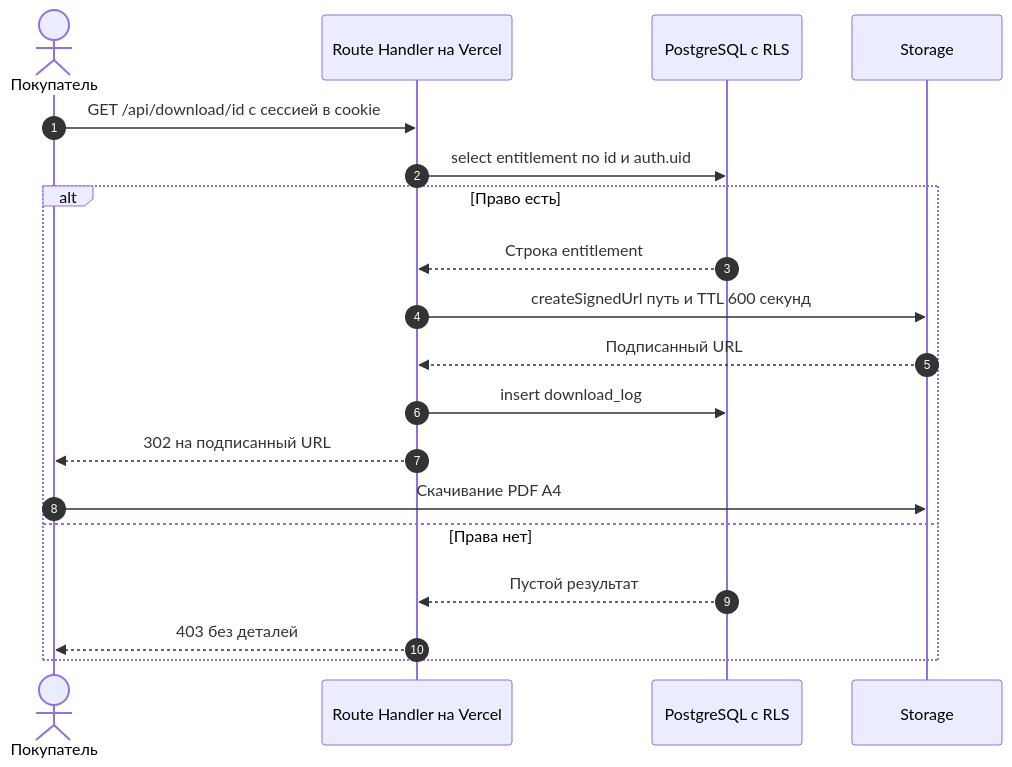
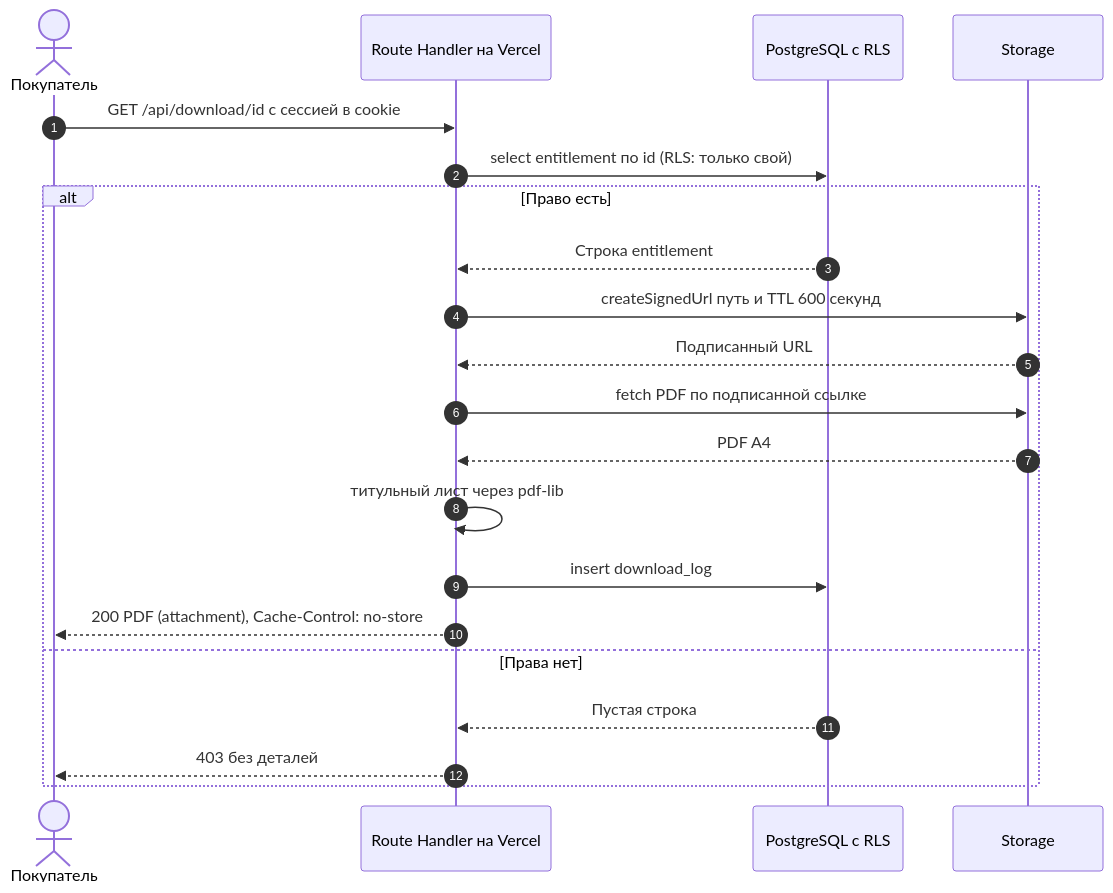
The third of 3 diagrams in doc/architecture.md (dvinekat/sewit), drawn with Mermaid before and after one commit. The commit also changed other lines of this file and 5 other files, not shown here.

````diff
--- a/doc/architecture.md
+++ b/doc/architecture.md
@@ -106,22 +106,24 @@
 ```mermaid
 sequenceDiagram
     autonumber
     actor U as Покупатель
     participant W as Route Handler на Vercel
     participant D as PostgreSQL с RLS
     participant S as Storage
 
     U->>W: GET /api/download/id с сессией в cookie
-    W->>D: select entitlement по id и auth.uid
+    W->>D: select entitlement по id (RLS: только свой)
     alt Право есть
         D-->>W: Строка entitlement
         W->>S: createSignedUrl путь и TTL 600 секунд
         S-->>W: Подписанный URL
+        W->>S: fetch PDF по подписанной ссылке
+        S-->>W: PDF A4
+        W->>W: титульный лист через pdf-lib
         W->>D: insert download_log
-        W-->>U: 302 на подписанный URL
-        U->>S: Скачивание PDF A4
+        W-->>U: 200 PDF (attachment), Cache-Control: no-store
     else Права нет
-        D-->>W: Пустой результат
+        D-->>W: Пустая строка
         W-->>U: 403 без деталей
     end
 ```
````
